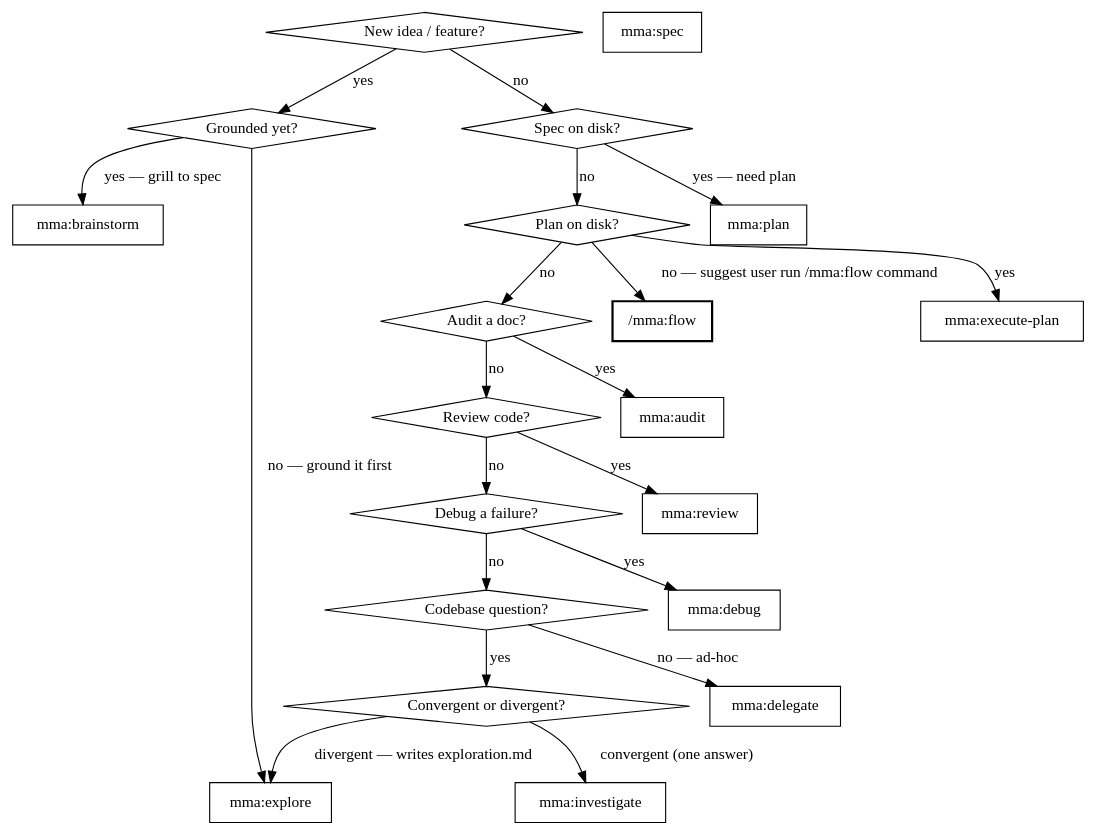
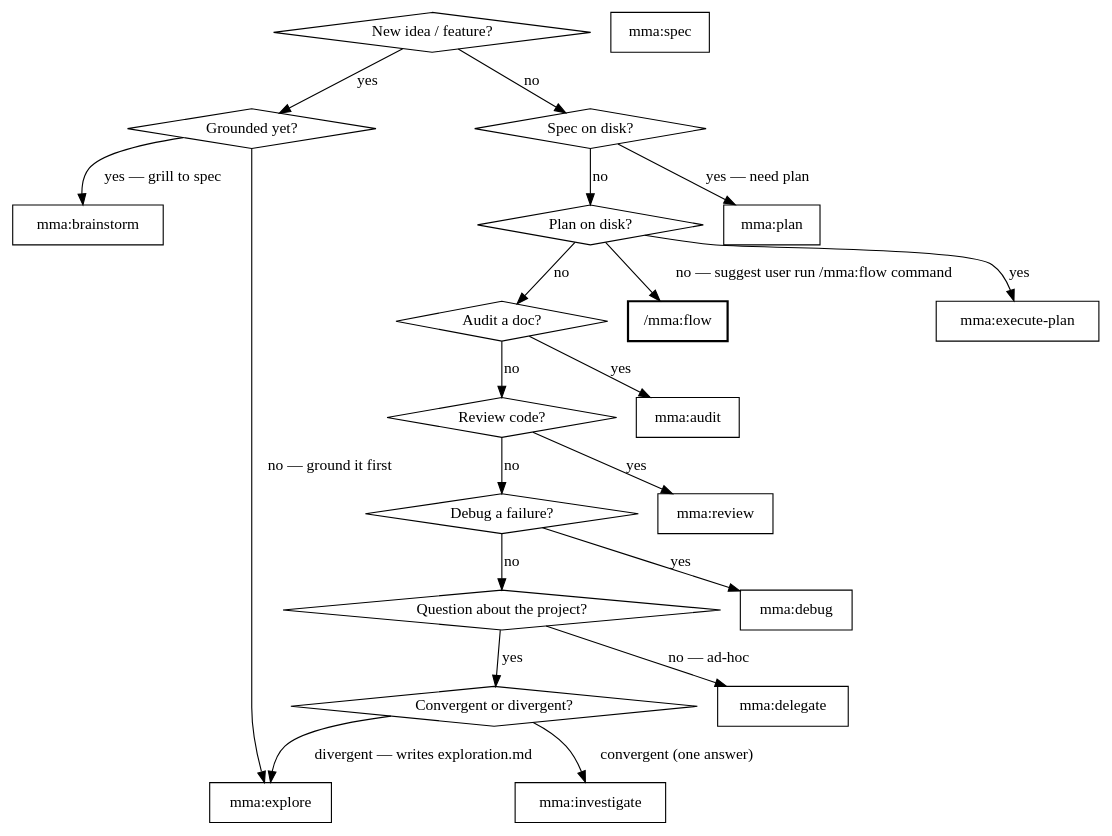
The diagram in plugin/skills/router/SKILL.md (zhixuan312/multi-model-agent), drawn with Graphviz before and after one commit. The commit also changed other lines of this file and 14 other files, not shown here.

````diff
--- a/plugin/skills/router/SKILL.md
+++ b/plugin/skills/router/SKILL.md
@@ -25,44 +25,44 @@
 ```dot
 digraph picker {
     "New idea / feature?" [shape=diamond];
     "Grounded yet?" [shape=diamond];
     "Spec on disk?" [shape=diamond];
     "Plan on disk?" [shape=diamond];
     "Audit a doc?" [shape=diamond];
     "Review code?" [shape=diamond];
     "Debug a failure?" [shape=diamond];
-    "Codebase question?" [shape=diamond];
+    "Question about the project?" [shape=diamond];
     "Convergent or divergent?" [shape=diamond];
     "mma:brainstorm" [shape=box];
     "/mma:flow" [shape=box, style=bold];
     "mma:spec" [shape=box];
     "mma:plan" [shape=box];
     "mma:execute-plan" [shape=box];
     "mma:audit" [shape=box];
     "mma:review" [shape=box];
     "mma:debug" [shape=box];
     "mma:investigate" [shape=box];
     "mma:explore" [shape=box];
     "mma:delegate" [shape=box];
 
     "New idea / feature?" -> "Grounded yet?" [label="yes"];
     "Grounded yet?" -> "mma:explore" [label="no — ground it first"];
     "Grounded yet?" -> "mma:brainstorm" [label="yes — grill to spec"];
     "New idea / feature?" -> "Spec on disk?" [label="no"];
     "Spec on disk?" -> "mma:plan" [label="yes — need plan"];
     "Spec on disk?" -> "Plan on disk?" [label="no"];
     "Plan on disk?" -> "/mma:flow" [label="no — suggest user run /mma:flow command"];
     "Plan on disk?" -> "mma:execute-plan" [label="yes"];
     "Plan on disk?" -> "Audit a doc?" [label="no"];
     "Audit a doc?" -> "mma:audit" [label="yes"];
     "Audit a doc?" -> "Review code?" [label="no"];
     "Review code?" -> "mma:review" [label="yes"];
     "Review code?" -> "Debug a failure?" [label="no"];
     "Debug a failure?" -> "mma:debug" [label="yes"];
-    "Debug a failure?" -> "Codebase question?" [label="no"];
-    "Codebase question?" -> "Convergent or divergent?" [label="yes"];
-    "Codebase question?" -> "mma:delegate" [label="no — ad-hoc"];
+    "Debug a failure?" -> "Question about the project?" [label="no"];
+    "Question about the project?" -> "Convergent or divergent?" [label="yes"];
+    "Question about the project?" -> "mma:delegate" [label="no — ad-hoc"];
     "Convergent or divergent?" -> "mma:investigate" [label="convergent (one answer)"];
     "Convergent or divergent?" -> "mma:explore" [label="divergent — writes exploration.md"];
 }
 ```
````
